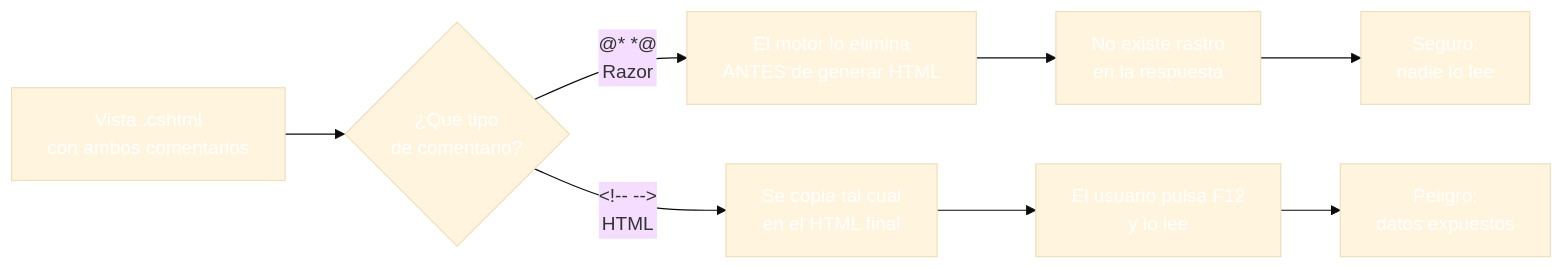
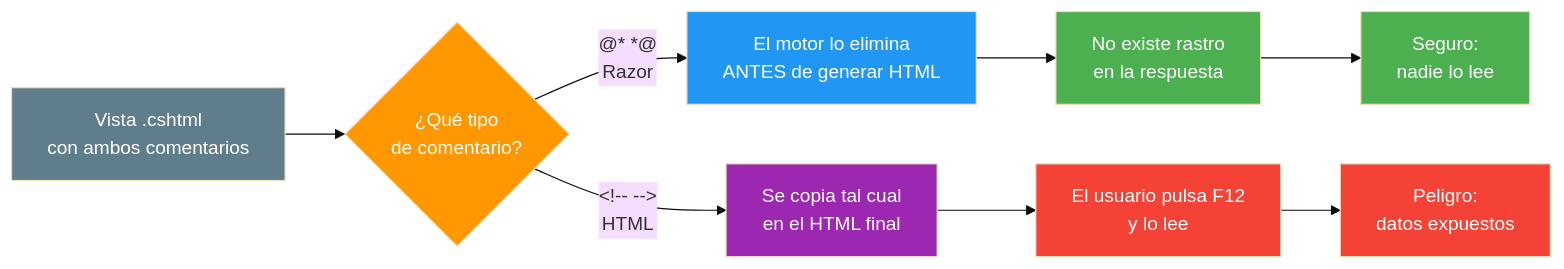
The sixth of 7 diagrams in 01-razor-fundamentos.md (joseluisgs/DesarrolloWebEntornosServidor-03-2026-2027), drawn with Mermaid (base theme) before and after one commit. The commit also changed other lines of this file and 25 other files, not shown here.

Commit message:
docs: corregir los estilos Mermaid de los temas y alinear el dominio del tema 25 con ProductosApp

````diff
--- a/01-razor-fundamentos.md
+++ b/01-razor-fundamentos.md
@@ -428,21 +428,21 @@
 ```mermaid
 graph LR
     A["Vista .cshtml<br/>con ambos comentarios"] --> B{"¿Qué tipo<br/>de comentario?"}
 
     B -->|"@* *@<br/>Razor"| C["El motor lo elimina<br/>ANTES de generar HTML"]
     C --> D["No existe rastro<br/>en la respuesta"]
     D --> E["Seguro:<br/>nadie lo lee"]
 
     B -->|"&lt;!-- --&gt;<br/>HTML"| F["Se copia tal cual<br/>en el HTML final"]
     F --> G["El usuario pulsa F12<br/>y lo lee"]
     G --> H["Peligro:<br/>datos expuestos"]
 
-    style A fill:#607D8,color:#fffB,color:#fff
-    style B fill:#FF980,color:#fff0,color:#fff
-    style C fill:#2196F,color:#fff3,color:#fff
-    style D fill:#4CAF5,color:#fff0,color:#fff
-    style E fill:#4CAF5,color:#fff0,color:#fff
-    style F fill:#9C27B,color:#fff0,color:#fff
-    style G fill:#f4433,color:#fff6,color:#fff
-    style H fill:#f4433,color:#fff6,color:#fff
+    style A fill:#607D8B,color:#fff
+    style B fill:#FF9800,color:#fff
+    style C fill:#2196F3,color:#fff
+    style D fill:#4CAF50,color:#fff
+    style E fill:#4CAF50,color:#fff
+    style F fill:#9C27B0,color:#fff
+    style G fill:#f44336,color:#fff
+    style H fill:#f44336,color:#fff
 ```
````
